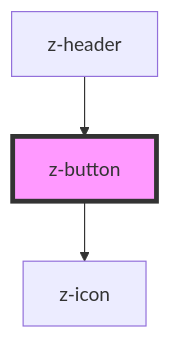
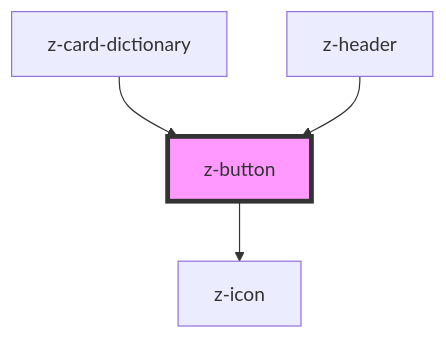
The diagram in src/components/buttons/z-button/readme.md (ZanichelliEditore/design-system), drawn with Mermaid before and after one commit. The commit also changed other lines of this file and 11 other files, not shown here.

````diff
--- a/src/components/buttons/z-button/readme.md
+++ b/src/components/buttons/z-button/readme.md
@@ -55,6 +56,7 @@
 ```mermaid
 graph TD;
   z-button --> z-icon
+  z-card-dictionary --> z-button
   z-header --> z-button
   style z-button fill:#f9f,stroke:#333,stroke-width:4px
 ```
````
